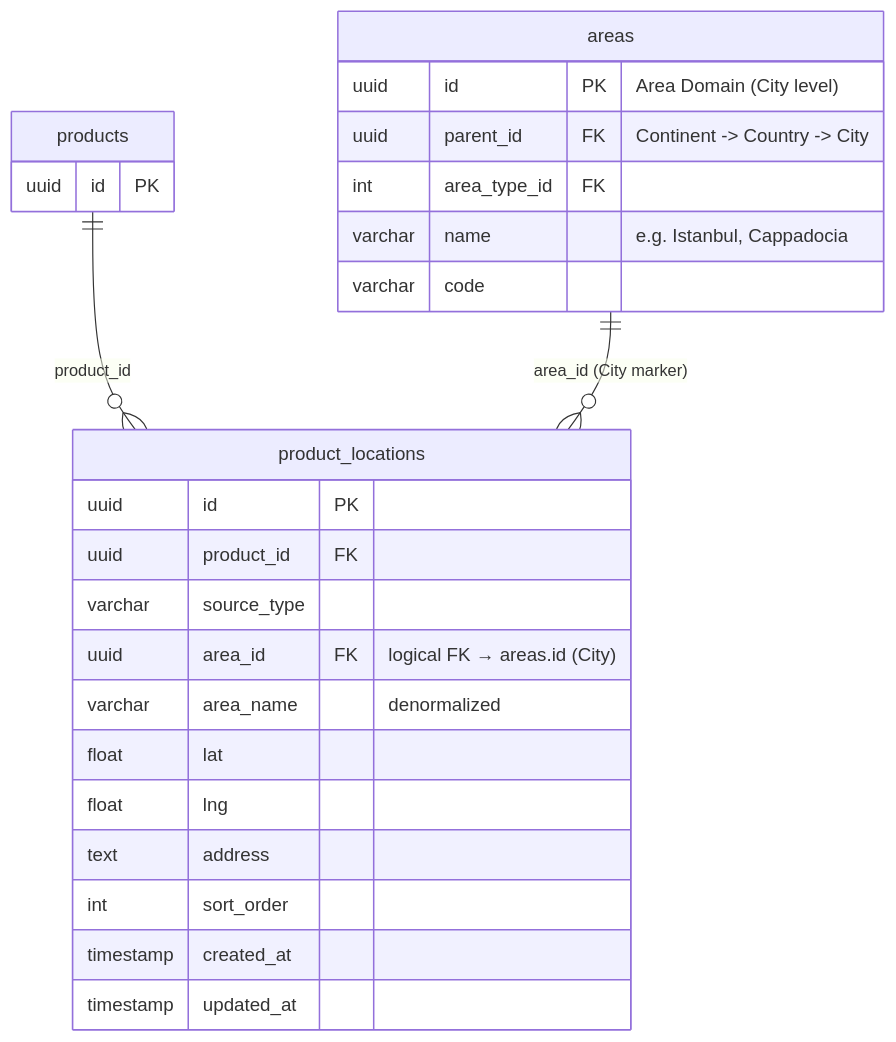
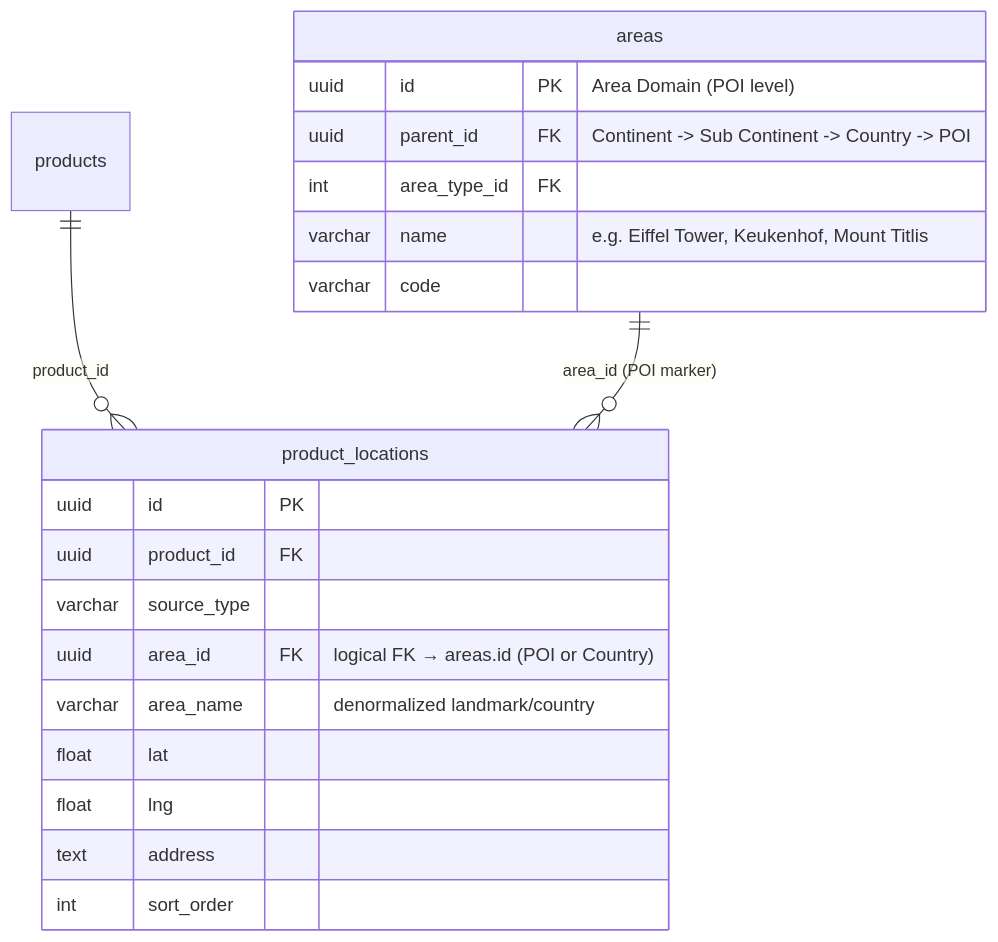
Before and after one commit to Haris-saifudin/hobiholidays-documentations: the fifth of 8 diagrams in technical/product-technical-design.md, drawn with Mermaid. The commit also changed other lines of this file and 7 other files, not shown here.

````diff
--- a/technical/product-technical-design.md
+++ b/technical/product-technical-design.md
@@ -622,31 +775,25 @@
 ```mermaid
 erDiagram
-    products {
-        uuid id PK
-    }
-
     areas {
-        uuid      id             PK "Area Domain (City level)"
-        uuid      parent_id      FK "Continent -> Country -> City"
+        uuid      id             PK "Area Domain (POI level)"
+        uuid      parent_id      FK "Continent -> Sub Continent -> Country -> POI"
         int       area_type_id   FK
-        varchar   name           "e.g. Istanbul, Cappadocia"
+        varchar   name           "e.g. Eiffel Tower, Keukenhof, Mount Titlis"
         varchar   code
     }
 
     product_locations {
         uuid      id          PK
         uuid      product_id  FK
         varchar   source_type
-        uuid      area_id     FK "logical FK → areas.id (City)"
-        varchar   area_name   "denormalized"
+        uuid      area_id     FK "logical FK → areas.id (POI or Country)"
+        varchar   area_name   "denormalized landmark/country"
         float     lat
         float     lng
         text      address
         int       sort_order
-        timestamp created_at
-        timestamp updated_at
     }
 
     products ||--o{ product_locations : "product_id"
-    areas    ||--o{ product_locations : "area_id (City marker)"
+    areas    ||--o{ product_locations : "area_id (POI marker)"
 ```
````
